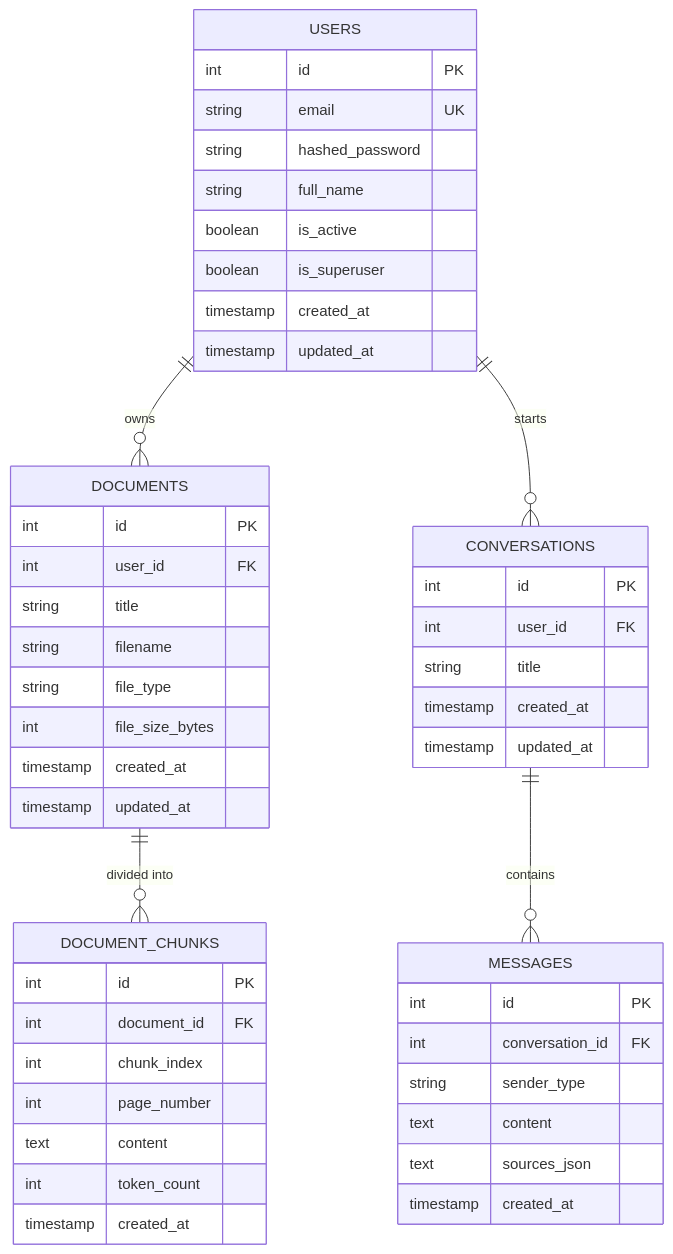
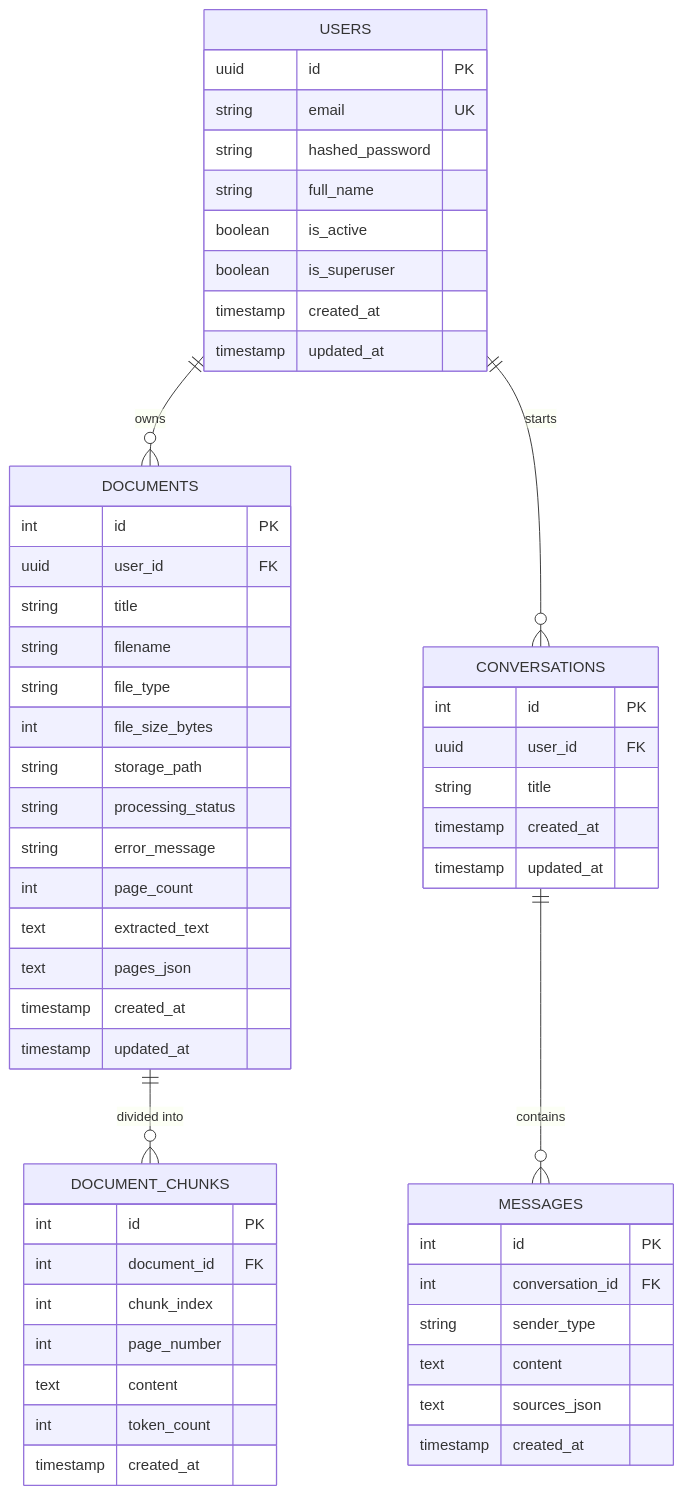
Before and after one commit to AfsarAI/KnowFlow: the diagram in docs/DATABASE_DESIGN.md, drawn with Mermaid. The commit also changed other lines of this file and 17 other files, not shown here.

````diff
--- a/docs/DATABASE_DESIGN.md
+++ b/docs/DATABASE_DESIGN.md
@@ -9,56 +9,62 @@
 ```mermaid
 erDiagram
     USERS ||--o{ DOCUMENTS : "owns"
     USERS ||--o{ CONVERSATIONS : "starts"
     DOCUMENTS ||--o{ DOCUMENT_CHUNKS : "divided into"
     CONVERSATIONS ||--o{ MESSAGES : "contains"
 
     USERS {
-        int id PK
+        uuid id PK
         string email UK
         string hashed_password
         string full_name
         boolean is_active
         boolean is_superuser
         timestamp created_at
         timestamp updated_at
     }
 
     DOCUMENTS {
         int id PK
-        int user_id FK
+        uuid user_id FK
         string title
         string filename
         string file_type
         int file_size_bytes
+        string storage_path
+        string processing_status
+        string error_message
+        int page_count
+        text extracted_text
+        text pages_json
         timestamp created_at
         timestamp updated_at
     }
 
     DOCUMENT_CHUNKS {
         int id PK
         int document_id FK
         int chunk_index
         int page_number
         text content
         int token_count
         timestamp created_at
     }
 
     CONVERSATIONS {
         int id PK
-        int user_id FK
+        uuid user_id FK
         string title
         timestamp created_at
         timestamp updated_at
     }
 
     MESSAGES {
         int id PK
         int conversation_id FK
         string sender_type
         text content
         text sources_json
         timestamp created_at
     }
 ```
````
